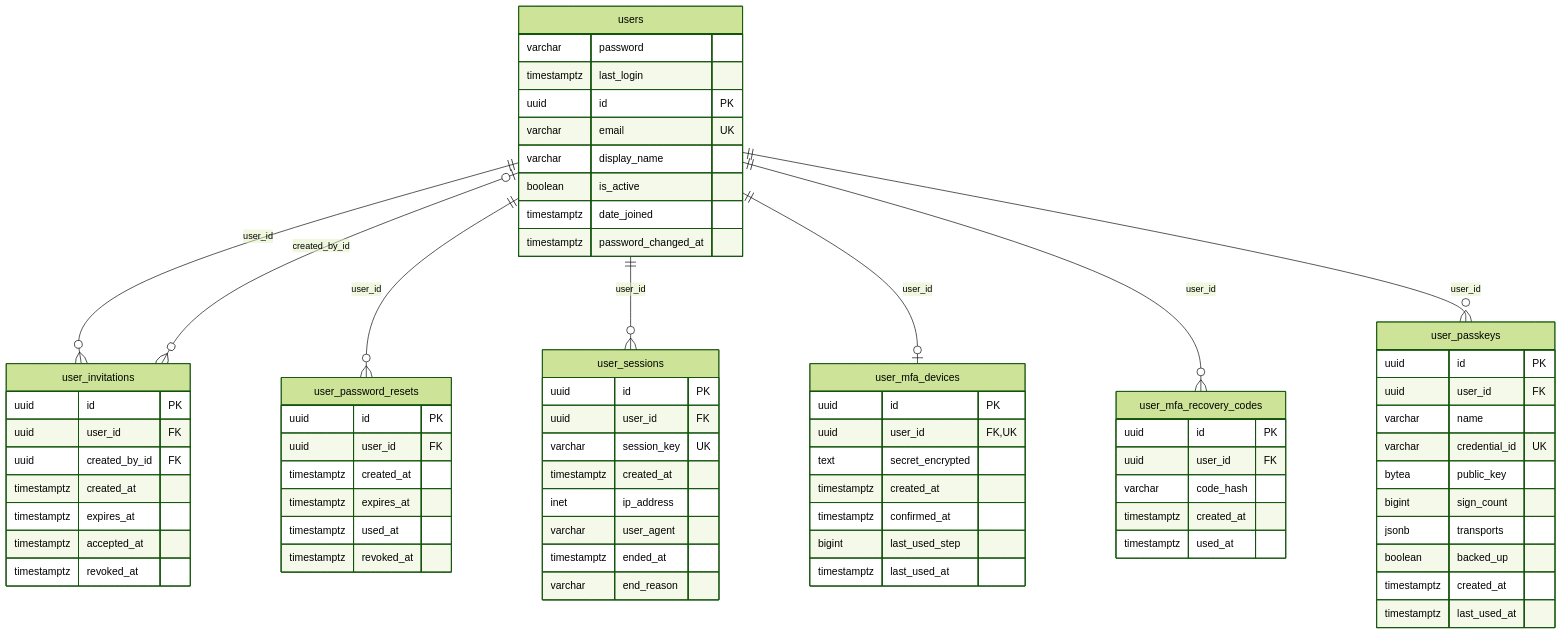
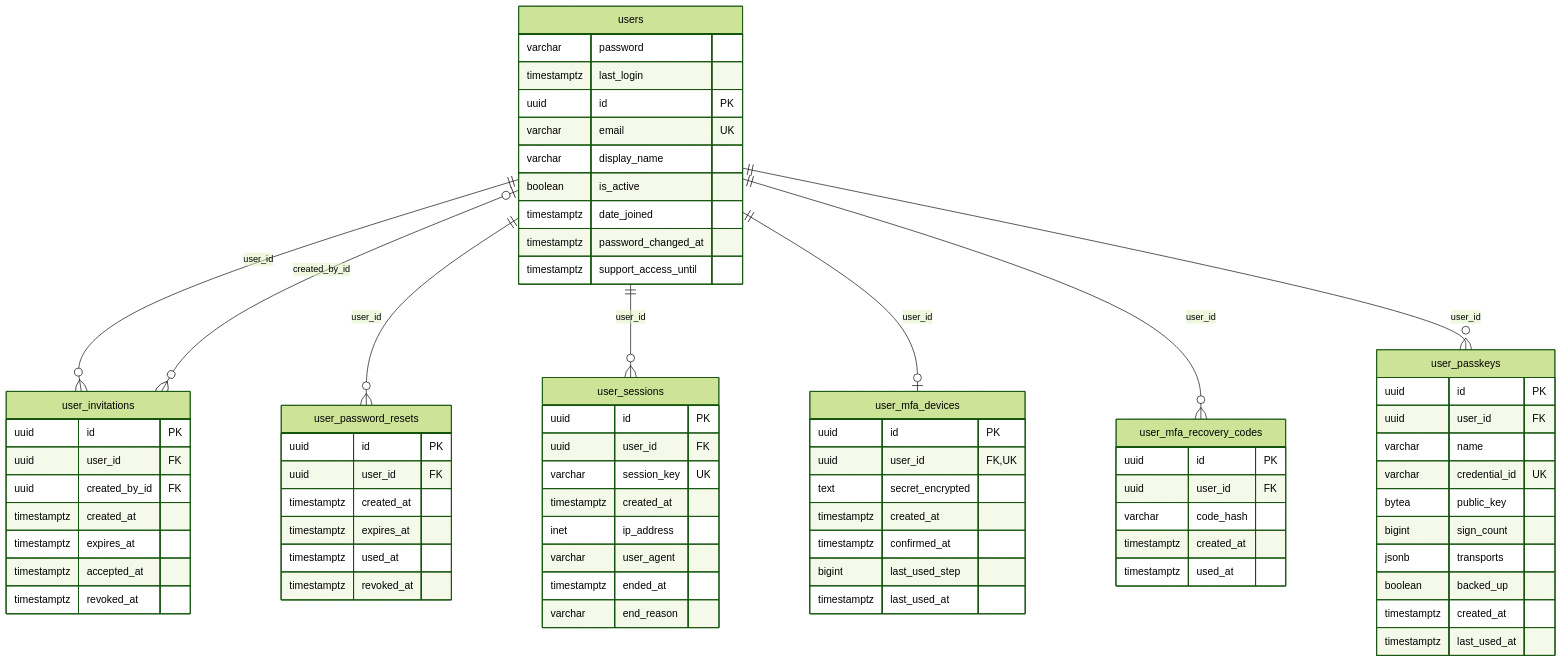
The eighth of 18 diagrams in docs/architecture/data-architecture/erd.md (vijayant-pandey/HIMS_Advanced), drawn with Mermaid (forest theme) before and after one commit. The commit also changed other lines of this file and 74 other files, not shown here.

First line of the commit message:
HIMS-IAM-021, HIMS-QA-004: supplier support access (locked box) and ten demo hospitals; console Copy a week (#55)

````diff
--- a/docs/architecture/data-architecture/erd.md
+++ b/docs/architecture/data-architecture/erd.md
@@ -584,75 +591,76 @@
 ```mermaid
 erDiagram
     users {
         varchar password
         timestamptz last_login
         uuid id PK
         varchar email UK
         varchar display_name
         boolean is_active
         timestamptz date_joined
         timestamptz password_changed_at
+        timestamptz support_access_until
     }
     user_invitations {
         uuid id PK
         uuid user_id FK
         uuid created_by_id FK
         timestamptz created_at
         timestamptz expires_at
         timestamptz accepted_at
         timestamptz revoked_at
     }
     user_password_resets {
         uuid id PK
         uuid user_id FK
         timestamptz created_at
         timestamptz expires_at
         timestamptz used_at
         timestamptz revoked_at
     }
     user_sessions {
         uuid id PK
         uuid user_id FK
         varchar session_key UK
         timestamptz created_at
         inet ip_address
         varchar user_agent
         timestamptz ended_at
         varchar end_reason
     }
     user_mfa_devices {
         uuid id PK
         uuid user_id FK, UK
         text secret_encrypted
         timestamptz created_at
         timestamptz confirmed_at
         bigint last_used_step
         timestamptz last_used_at
     }
     user_mfa_recovery_codes {
         uuid id PK
         uuid user_id FK
         varchar code_hash
         timestamptz created_at
         timestamptz used_at
     }
     user_passkeys {
         uuid id PK
         uuid user_id FK
         varchar name
         varchar credential_id UK
         bytea public_key
         bigint sign_count
         jsonb transports
         boolean backed_up
         timestamptz created_at
         timestamptz last_used_at
     }
     users ||--o{ user_invitations : "user_id"
     users |o--o{ user_invitations : "created_by_id"
     users ||--o{ user_password_resets : "user_id"
     users ||--o{ user_sessions : "user_id"
     users ||--o| user_mfa_devices : "user_id"
     users ||--o{ user_mfa_recovery_codes : "user_id"
     users ||--o{ user_passkeys : "user_id"
 ```
````
